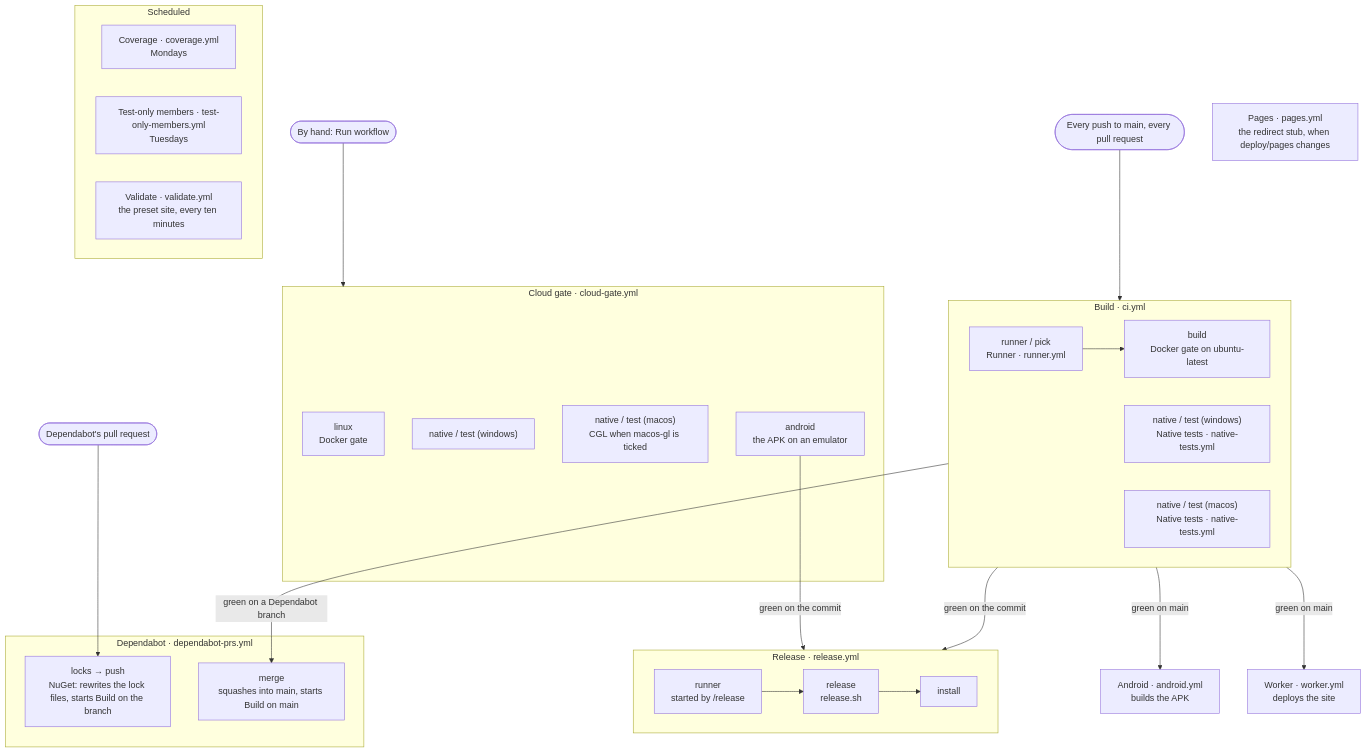
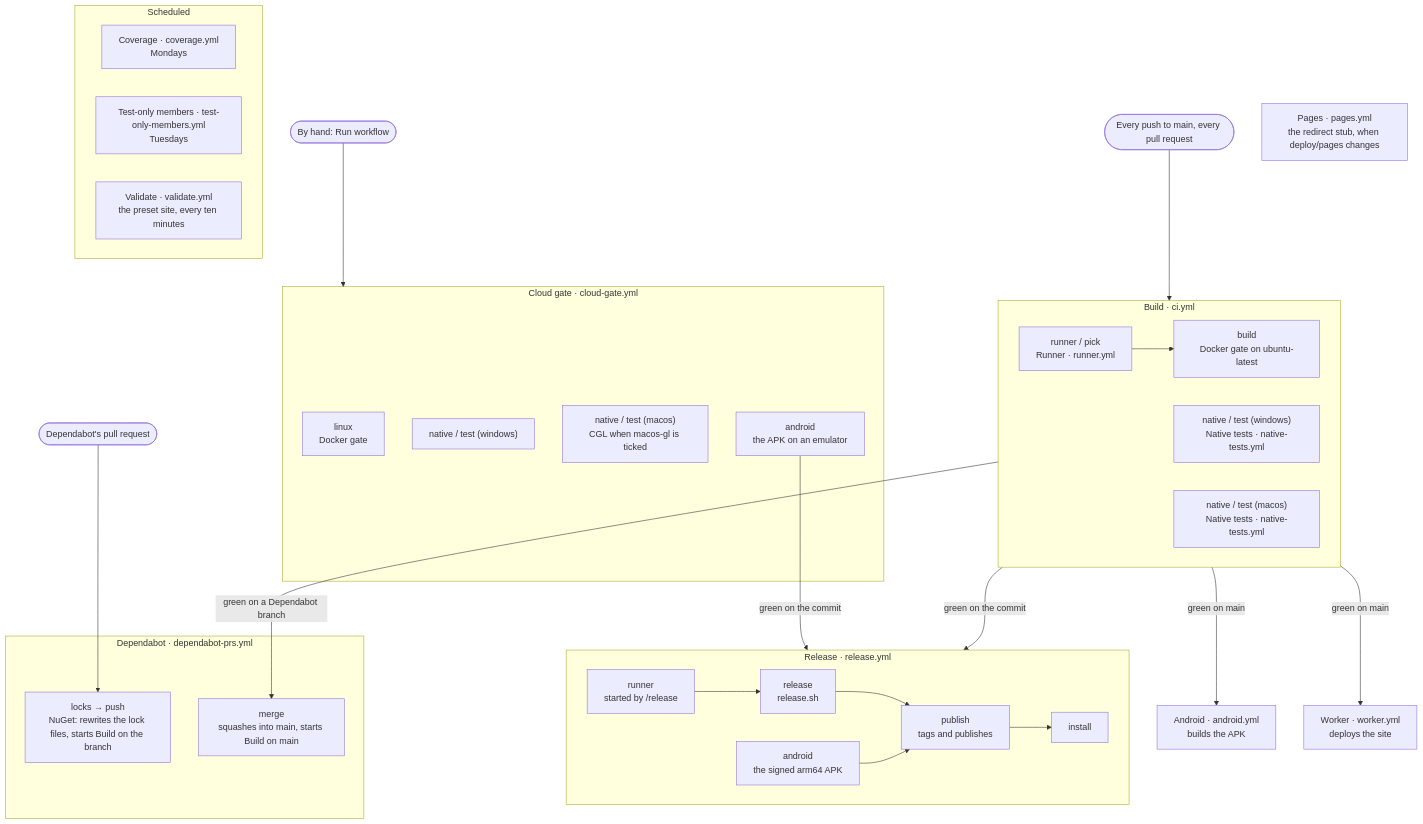
Before and after one commit to markovcd/Flyback: the diagram in docs/diagrams/pipeline.md, drawn with Mermaid. The commit also changed 13 other files, not shown here.

First line of the commit message:
Each release carries the Android editor as an arm64 APK signed with the release keystore.

````diff
--- a/docs/diagrams/pipeline.md
+++ b/docs/diagrams/pipeline.md
@@ -8,42 +8,43 @@
 ```mermaid
 flowchart TB
     push(["Every push to main, every pull request"]) --> build
     hand(["By hand: Run workflow"]) --> cloud
 
     subgraph build["Build · ci.yml"]
         b_pick["runner / pick<br/>Runner · runner.yml"] --> b_gate["build<br/>Docker gate on ubuntu-latest"]
         b_win["native / test (windows)<br/>Native tests · native-tests.yml"]
         b_mac["native / test (macos)<br/>Native tests · native-tests.yml"]
     end
 
     subgraph cloud["Cloud gate · cloud-gate.yml"]
         c_linux["linux<br/>Docker gate"]
         c_win["native / test (windows)"]
         c_mac["native / test (macos)<br/>CGL when macos-gl is ticked"]
         c_android["android<br/>the APK on an emulator"]
     end
 
     build -- "green on main" --> apk["Android · android.yml<br/>builds the APK"]
     build -- "green on main" --> site["Worker · worker.yml<br/>deploys the site"]
     build -- "green on the commit" --> release
     c_android -- "green on the commit" --> release
 
     subgraph release["Release · release.yml"]
-        r_pick["runner<br/>started by /release"] --> r_release["release<br/>release.sh"] --> r_install["install"]
+        r_pick["runner<br/>started by /release"] --> r_release["release<br/>release.sh"] --> r_publish["publish<br/>tags and publishes"] --> r_install["install"]
+        r_android["android<br/>the signed arm64 APK"] --> r_publish
     end
 
     subgraph scheduled["Scheduled"]
         coverage["Coverage · coverage.yml<br/>Mondays"]
         members["Test-only members · test-only-members.yml<br/>Tuesdays"]
         validate["Validate · validate.yml<br/>the preset site, every ten minutes"]
     end
 
     pages["Pages · pages.yml<br/>the redirect stub, when deploy/pages changes"]
 
     bot(["Dependabot's pull request"]) --> d_locks
     subgraph dependabot["Dependabot · dependabot-prs.yml"]
         d_locks["locks → push<br/>NuGet: rewrites the lock files, starts Build on the branch"]
         d_merge["merge<br/>squashes into main, starts Build on main"]
     end
     build -- "green on a Dependabot branch" --> d_merge
 ```
````
